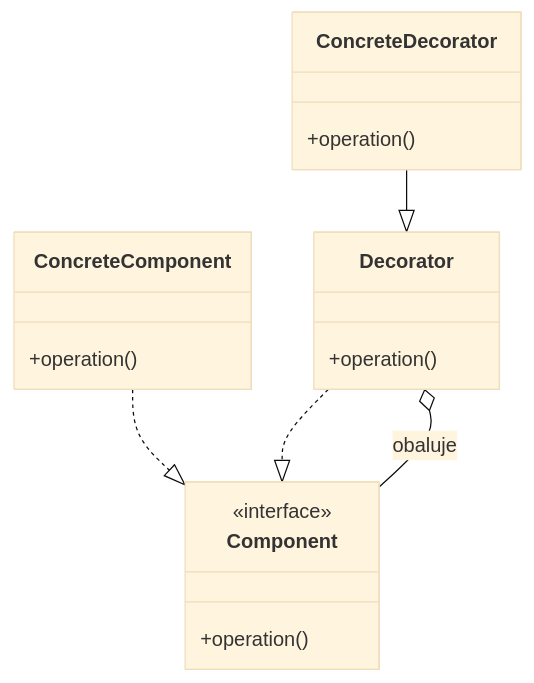
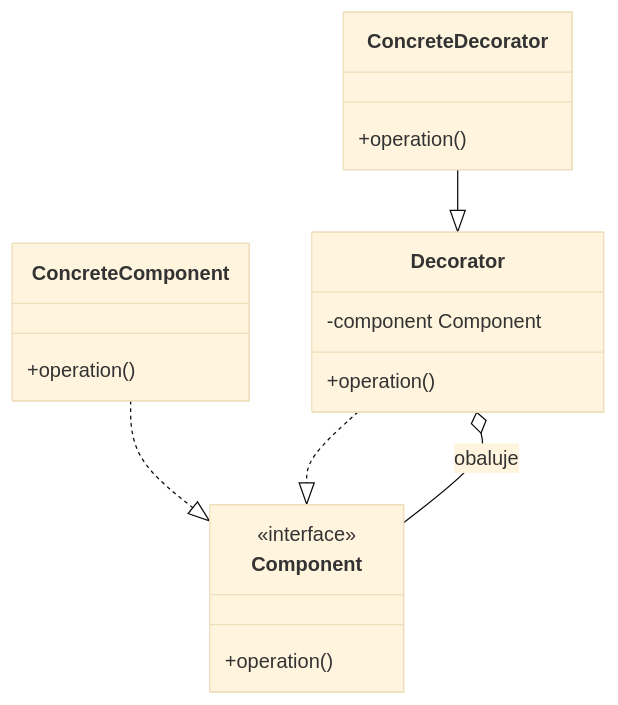
Before and after one commit to Veselyy/VUT-school: the second of 4 diagrams in IPP/otazky.md, drawn with Mermaid (base theme). The commit also changed other lines of this file and 9 other files, not shown here.

First line of the commit message:
Enhance UML diagrams and Mermaid integration in documentation

````diff
--- a/IPP/otazky.md
+++ b/IPP/otazky.md
@@ -65,16 +79,27 @@
 ```mermaid
+---
+config:
+  class:
+    hideEmptyMembersBox: true
+---
 classDiagram
-    class Component
-    class ConcreteComponent
-    class Decorator
-    class ConcreteDecorator
-    <<interface>> Component
-    Component : +operation()
-    ConcreteComponent : +operation()
-    Decorator : +operation()
-    ConcreteDecorator : +operation()
     ConcreteComponent ..|> Component
     Decorator ..|> Component
     Decorator o-- Component : obaluje
     ConcreteDecorator --|> Decorator
+
+    class Component {
+        <<interface>>
+        +operation()
+    }
+    class ConcreteComponent {
+        +operation()
+    }
+    class Decorator {
+        -component Component
+        +operation()
+    }
+    class ConcreteDecorator {
+        +operation()
+    }
 ```
````
